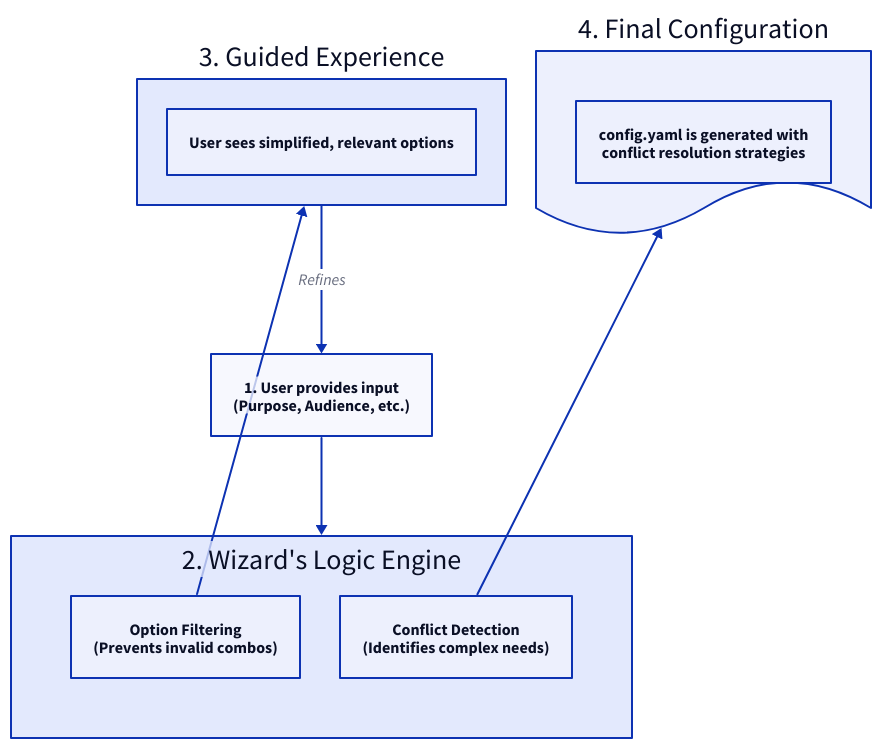
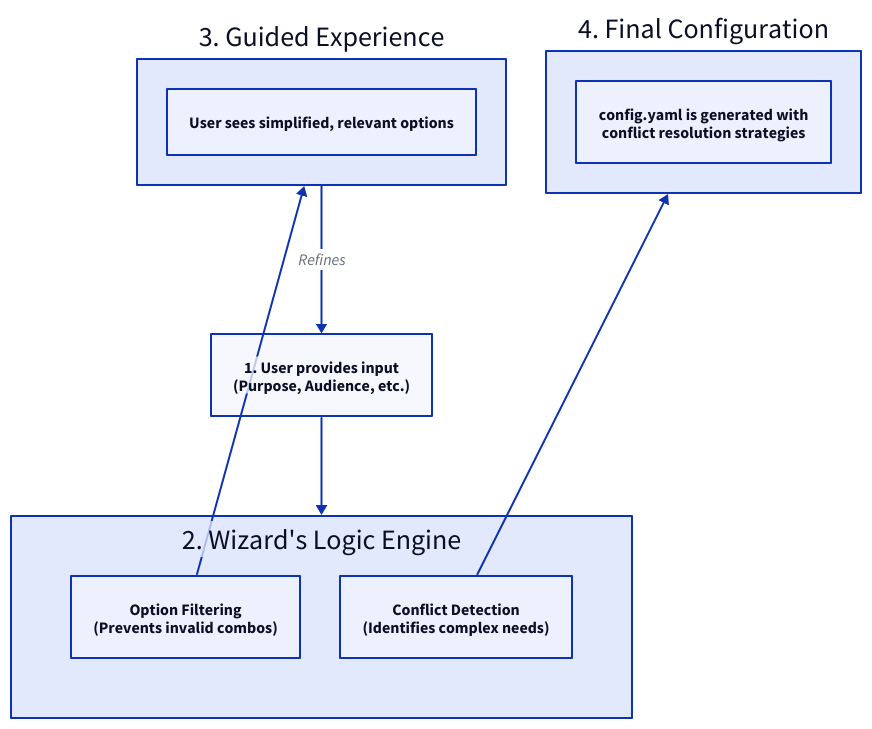
The diagram in docs/configuration-interactive-setup.md (AIGNE-io/aigne-doc-smith), drawn with D2 before and after one commit. The commit also changed 4 other files, not shown here.

Commit message:
chore: update docs diagram

````diff
--- a/docs/configuration-interactive-setup.md
+++ b/docs/configuration-interactive-setup.md
@@ -32,39 +32,38 @@
 ```d2
 direction: down
 
 User-Selections: {
   label: "1. User provides input\n(Purpose, Audience, etc.)"
   shape: rectangle
 }
 
 Wizard-Engine: {
   label: "2. Wizard's Logic Engine"
   shape: rectangle
   grid-columns: 2
 
   Filtering: {
     label: "Option Filtering\n(Prevents invalid combos)"
   }
 
   Conflict-Detection: {
     label: "Conflict Detection\n(Identifies complex needs)"
   }
 }
 
 Guided-Experience: {
   label: "3. Guided Experience"
   shape: rectangle
   content: "User sees simplified, relevant options"
 }
 
 Final-Config: {
   label: "4. Final Configuration"
-  shape: document
   content: "config.yaml is generated with\nconflict resolution strategies"
 }
 
 User-Selections -> Wizard-Engine
 Wizard-Engine.Filtering -> Guided-Experience
 Wizard-Engine.Conflict-Detection -> Final-Config
 Guided-Experience -> User-Selections: "Refines"
 ```
````
